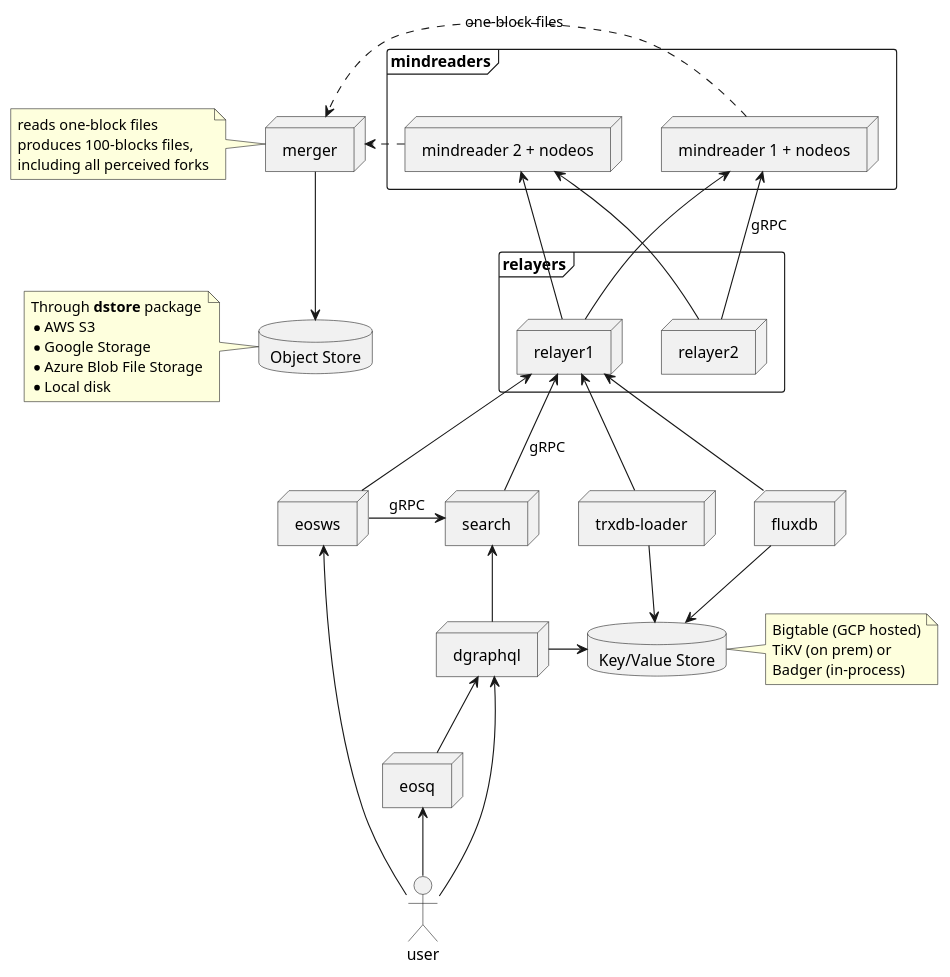
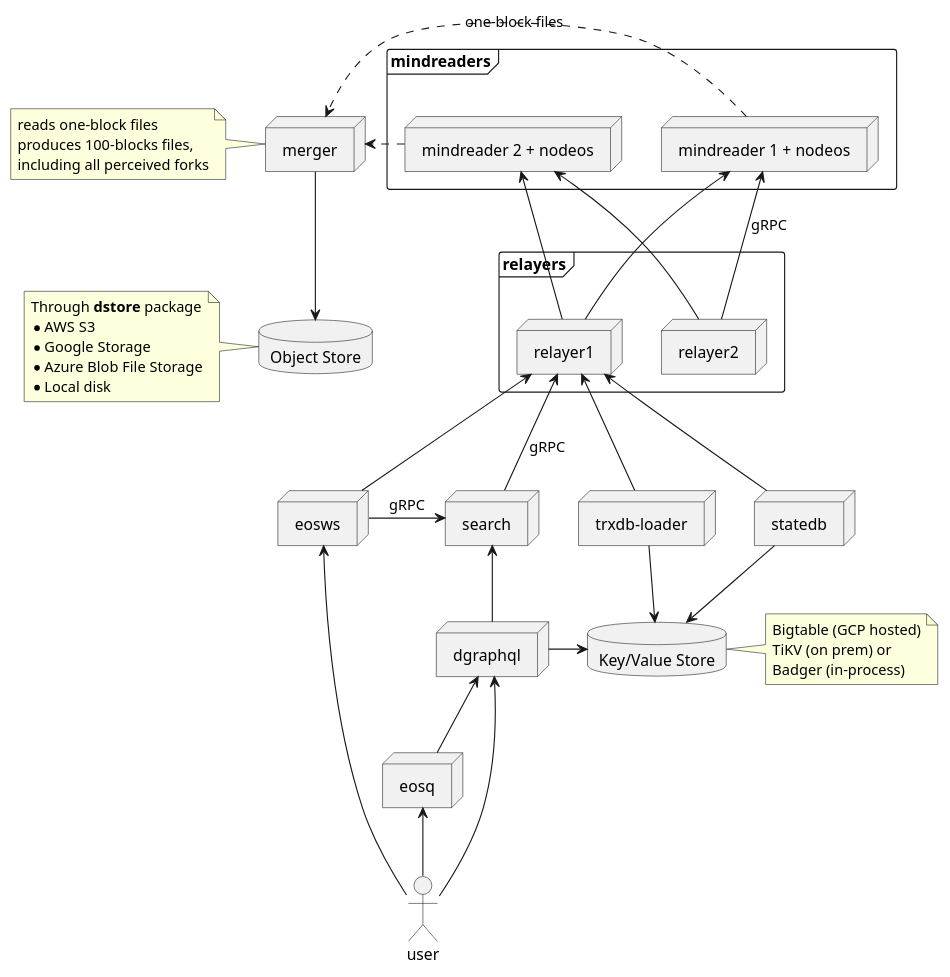
One commit to dfuse-io/docs changed the diagram in static/drawings/general_architecture.plantuml. Above: the diagram before and after it, drawn with PlantUML. The commit also changed 10 other files, not shown here.

```diff
--- a/static/drawings/general_architecture.plantuml
+++ b/static/drawings/general_architecture.plantuml
@@ -1,74 +1,74 @@
 @startuml
 
 frame mindreaders {
   node "mindreader 1 + nodeos" as mindreader1
   node "mindreader 2 + nodeos" as mindreader2
 }
 
 frame relayers {
   node relayer1
   node relayer2
 }
 
 node eosq
 node eosws
 node dgraphql
 
 node merger
 note left of merger
   reads one-block files
   produces 100-blocks files,
   including all perceived forks
 end note
 
 node search
 
 node "trxdb-loader" as trxdbLoader
-node fluxdb
+node statedb
 
 database "Key/Value Store" as kvstore
 note right of kvstore
   Bigtable (GCP hosted)
   TiKV (on prem) or
   Badger (in-process)
 end note
 
 mindreader1 <-- relayer1
 mindreader1 <-- relayer2 : gRPC
 mindreader2 <-- relayer1
 mindreader2 <-- relayer2
 
 mindreader1 .> merger : one-block files
 mindreader2 .> merger
 
 database "Object Store" as s3
 merger --> s3
 note left of s3
   Through **dstore** package
   * AWS S3
   * Google Storage
   * Azure Blob File Storage
   * Local disk
 end note
 
 
 dgraphql <-- eosq
 relayer1 <-- eosws
 eosws -> search : gRPC
 relayer1 <-- search : gRPC
 search <-- dgraphql
 dgraphql -> kvstore
 
-relayer1 <-- fluxdb
+relayer1 <-- statedb
 relayer1 <-- trxdbLoader
 
-fluxdb --> kvstore
+statedb --> kvstore
 trxdbLoader --> kvstore
 
 actor user
 
 eosws <-- user
 eosq <-- user
 dgraphql <-- user
 
 @enduml
```
